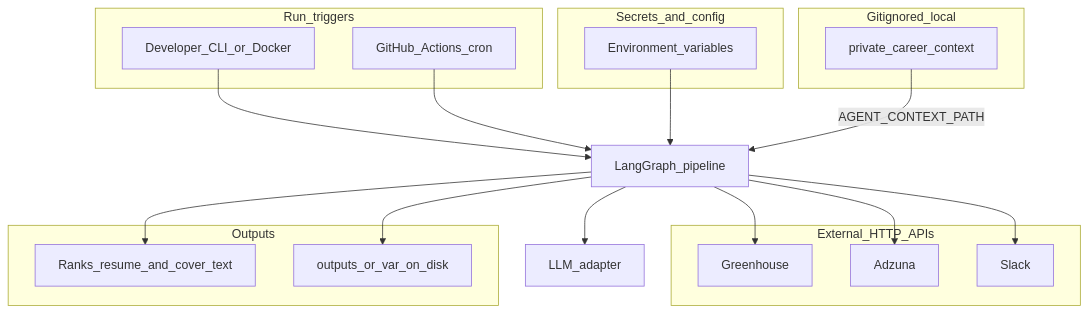
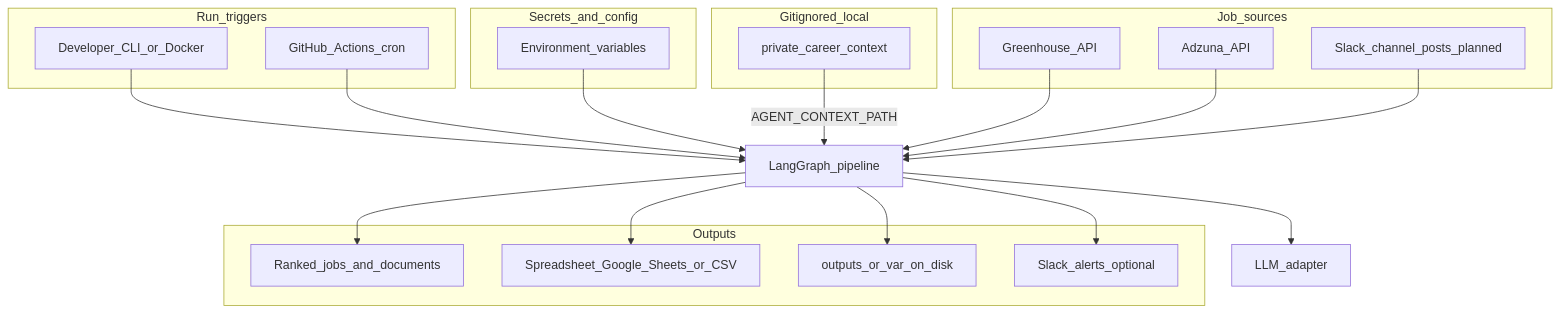
Before and after one commit to ravigahlla/pm-job-agent: the diagram in README.md, drawn with Mermaid. The commit also changed other lines of this file and 3 other files, not shown here.

Commit message:
updated documentation to reflect Slack as a potential inbound job source (not MVP)

````diff
--- a/README.md
+++ b/README.md
@@ -9,41 +9,45 @@
 ```mermaid
 flowchart TB
   subgraph trigger [Run_triggers]
     dev[Developer_CLI_or_Docker]
     cron[GitHub_Actions_cron]
   end
 
   subgraph secrets [Secrets_and_config]
     envVars[Environment_variables]
   end
 
   subgraph localOnly [Gitignored_local]
     career[private_career_context]
   end
 
+  subgraph jobSources [Job_sources]
+    ghAPI[Greenhouse_API]
+    adzAPI[Adzuna_API]
+    slackIn[Slack_channel_posts_planned]
+  end
+
   langGraph[LangGraph_pipeline]
-
-  subgraph integrations [External_HTTP_APIs]
-    ghAPI[Greenhouse]
-    adzAPI[Adzuna]
-    slack[Slack]
-  end
 
   llm[LLM_adapter]
 
   subgraph out [Outputs]
-    artifacts[Ranks_resume_and_cover_text]
+    artifacts[Ranked_jobs_and_documents]
+    sheets[Spreadsheet_Google_Sheets_or_CSV]
     optionalOut["outputs_or_var_on_disk"]
+    slackNotify[Slack_alerts_optional]
   end
 
   dev --> langGraph
   cron --> langGraph
   envVars --> langGraph
   career -->|"AGENT_CONTEXT_PATH"| langGraph
-  langGraph --> ghAPI
-  langGraph --> adzAPI
+  ghAPI --> langGraph
+  adzAPI --> langGraph
+  slackIn --> langGraph
   langGraph --> llm
   langGraph --> artifacts
-  langGraph --> slack
+  langGraph --> sheets
   langGraph --> optionalOut
+  langGraph --> slackNotify
 ```
````
